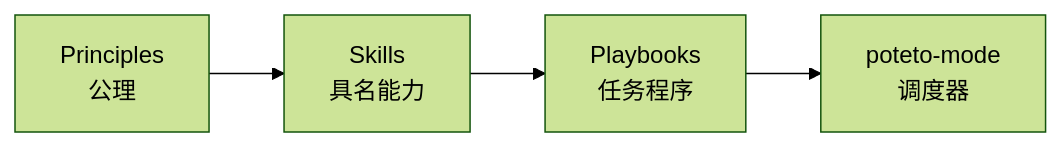
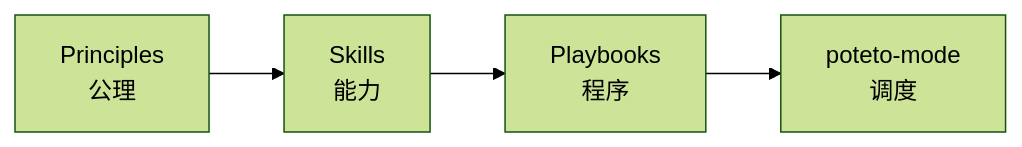
The first of 2 diagrams in docs/15-poteto-mode-runtime.md (minmaxflow/pstack-series), drawn with Mermaid (forest theme) before and after one commit. The commit also changed other lines of this file and 14 other files, not shown here.

````diff
--- a/docs/15-poteto-mode-runtime.md
+++ b/docs/15-poteto-mode-runtime.md
@@ -69,6 +83,6 @@
 ```mermaid
 flowchart LR
-  P[Principles<br/>公理] --> S[Skills<br/>具名能力]
-  S --> B[Playbooks<br/>任务程序]
-  B --> M[poteto-mode<br/>调度器]
+  P[Principles<br/>公理] --> S[Skills<br/>能力]
+  S --> B[Playbooks<br/>程序]
+  B --> M[poteto-mode<br/>调度]
 ```
````
